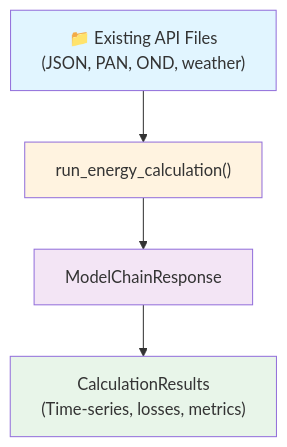
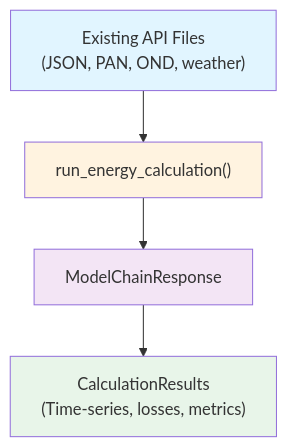
One commit to dnv-opensource/solarfarmer-python-sdk changed the diagram in docs/getting-started/workflow-1-existing-api-files.md. Above: the diagram before and after it, drawn with Mermaid. The commit also changed other lines of this file and 11 other files, not shown here.

````diff
--- a/docs/getting-started/workflow-1-existing-api-files.md
+++ b/docs/getting-started/workflow-1-existing-api-files.md
@@ -24,16 +24,16 @@
 ```mermaid
 graph TB
-    A["📁 Existing API Files<br/>(JSON, PAN, OND, weather)"]
+    A["Existing API Files<br/>(JSON, PAN, OND, weather)"]
     B["run_energy_calculation()"]
     C["ModelChainResponse"]
     D["CalculationResults<br/>(Time-series, losses, metrics)"]
 
     A --> B
     B --> C
     C --> D
 
     style A fill:#e1f5ff
     style B fill:#fff3e0
     style C fill:#f3e5f5
     style D fill:#e8f5e9
 ```
````
